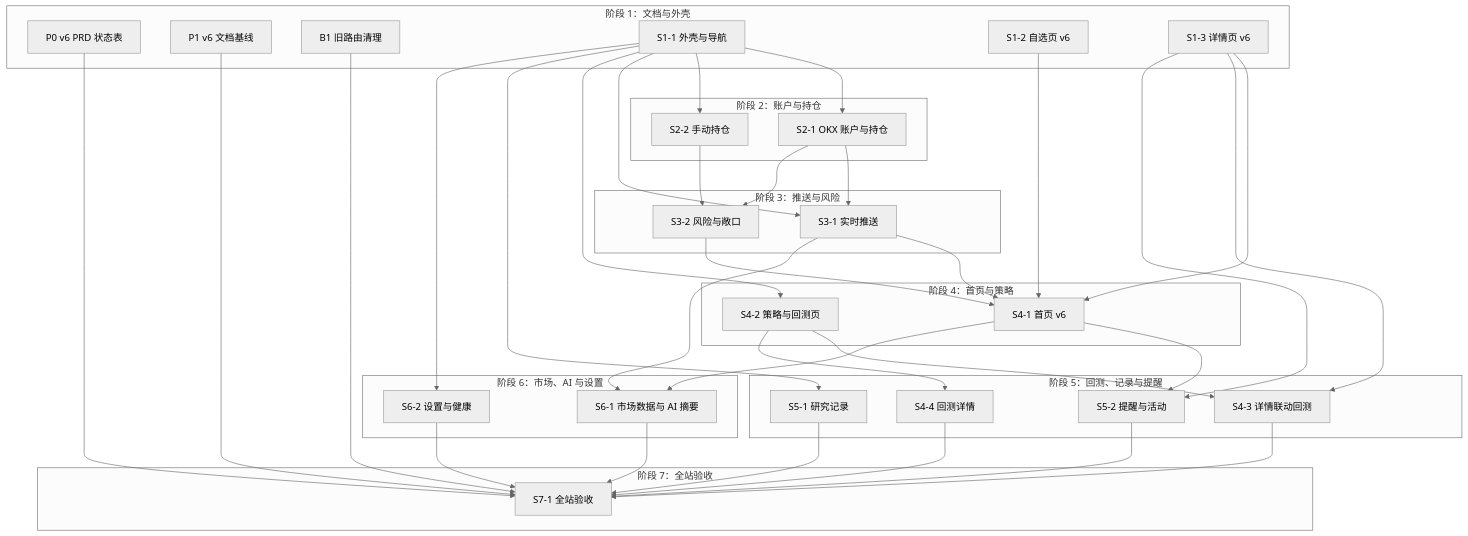
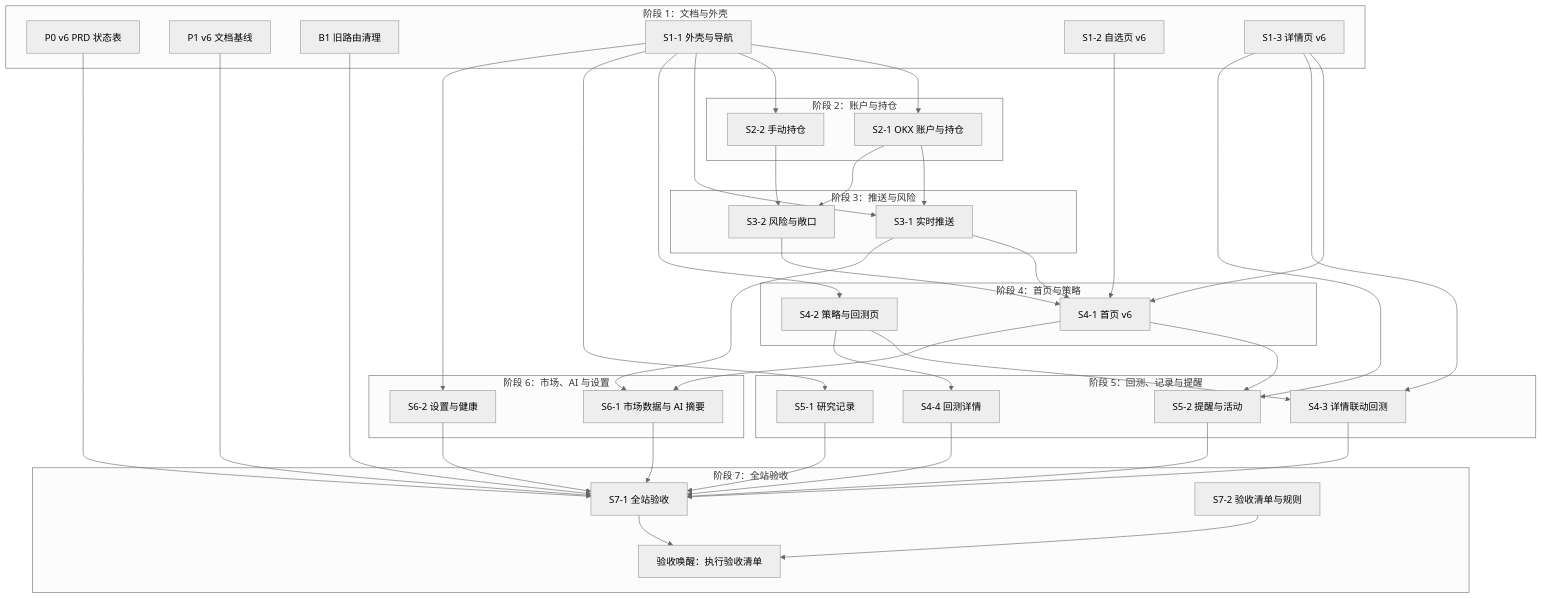
Before and after one commit to justforlxz/trading: the diagram in docs/prd/v6-delivery.md, drawn with Mermaid (neutral theme). The commit also changed other lines of this file and 1 other file, not shown here.

````diff
--- a/docs/prd/v6-delivery.md
+++ b/docs/prd/v6-delivery.md
@@ -37,66 +37,70 @@
 ```mermaid
 flowchart TD
   subgraph G1["阶段 1：文档与外壳"]
     P0["P0 v6 PRD 状态表"]
     P1["P1 v6 文档基线"]
     B1["B1 旧路由清理"]
     S11["S1-1 外壳与导航"]
     S12["S1-2 自选页 v6"]
     S13["S1-3 详情页 v6"]
   end
   subgraph G2["阶段 2：账户与持仓"]
     S21["S2-1 OKX 账户与持仓"]
     S22["S2-2 手动持仓"]
   end
   subgraph G3["阶段 3：推送与风险"]
     S31["S3-1 实时推送"]
     S32["S3-2 风险与敞口"]
   end
   subgraph G4["阶段 4：首页与策略"]
     S41["S4-1 首页 v6"]
     S42["S4-2 策略与回测页"]
   end
   subgraph G5["阶段 5：回测、记录与提醒"]
     S43["S4-3 详情联动回测"]
     S44["S4-4 回测详情"]
     S51["S5-1 研究记录"]
     S52["S5-2 提醒与活动"]
   end
   subgraph G6["阶段 6：市场、AI 与设置"]
     S61["S6-1 市场数据与 AI 摘要"]
     S62["S6-2 设置与健康"]
   end
   subgraph G7["阶段 7：全站验收"]
     S71["S7-1 全站验收"]
+    S72["S7-2 验收清单与规则"]
+    ACC["验收唤醒：执行验收清单"]
   end
 
   S11 --> S21
   S11 --> S22
   S11 --> S31
   S21 --> S31
   S21 --> S32
   S22 --> S32
   S12 --> S41
   S13 --> S41
   S31 --> S41
   S32 --> S41
   S11 --> S42
   S42 --> S43
   S13 --> S43
   S42 --> S44
   S11 --> S51
   S41 --> S52
   S13 --> S52
   S41 --> S61
   S31 --> S61
   S11 --> S62
   S43 --> S71
   S44 --> S71
   S51 --> S71
   S52 --> S71
   S61 --> S71
   S62 --> S71
   B1 --> S71
   P0 --> S71
   P1 --> S71
+  S71 --> ACC
+  S72 --> ACC
 ```
````
